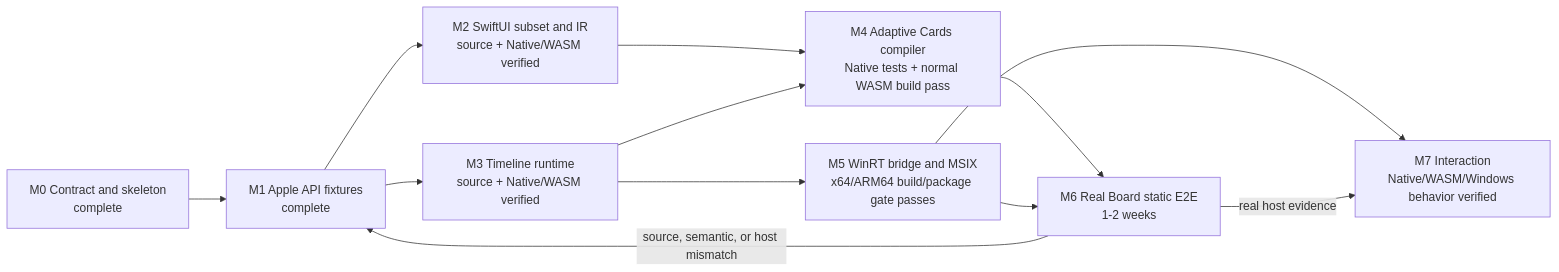
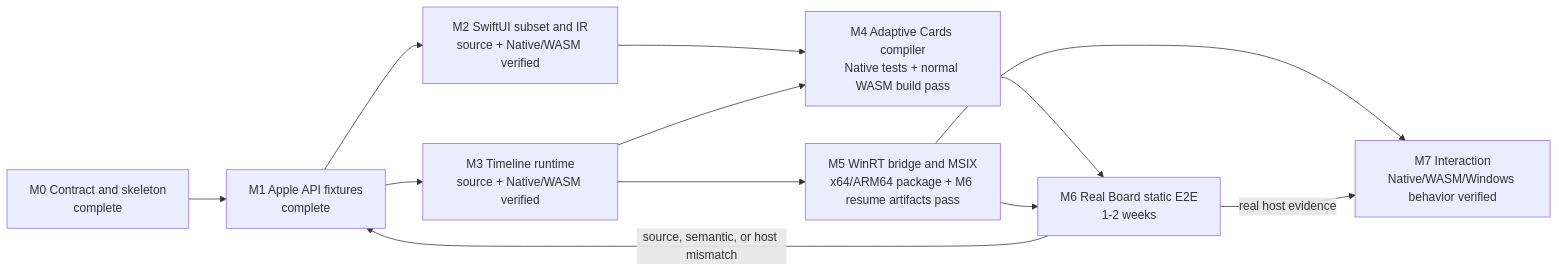
Before and after one commit to 1amageek/OpenWidgetKit: the diagram in IMPLEMENTATION_PROGRESS.md, drawn with Mermaid. The commit also changed other lines of this file and 8 other files, not shown here.

````diff
--- a/IMPLEMENTATION_PROGRESS.md
+++ b/IMPLEMENTATION_PROGRESS.md
@@ -87,23 +92,23 @@
 ```mermaid
 flowchart LR
     M0["M0 Contract and skeleton<br/>complete"]
     M1["M1 Apple API fixtures<br/>complete"]
     M2["M2 SwiftUI subset and IR<br/>source + Native/WASM verified"]
     M3["M3 Timeline runtime<br/>source + Native/WASM verified"]
     M4["M4 Adaptive Cards compiler<br/>Native tests + normal WASM build pass"]
-    M5["M5 WinRT bridge and MSIX<br/>x64/ARM64 build/package gate passes"]
+    M5["M5 WinRT bridge and MSIX<br/>x64/ARM64 package + M6 resume artifacts pass"]
     M6["M6 Real Board static E2E<br/>1-2 weeks"]
     M7["M7 Interaction<br/>Native/WASM/Windows behavior verified"]
 
     M0 --> M1
     M1 --> M2
     M1 --> M3
     M2 --> M4
     M3 --> M4
     M3 --> M5
     M4 --> M6
     M5 --> M6
     M6 -->|source, semantic, or host mismatch| M1
     M5 --> M7
     M6 -->|real host evidence| M7
 ```
````
